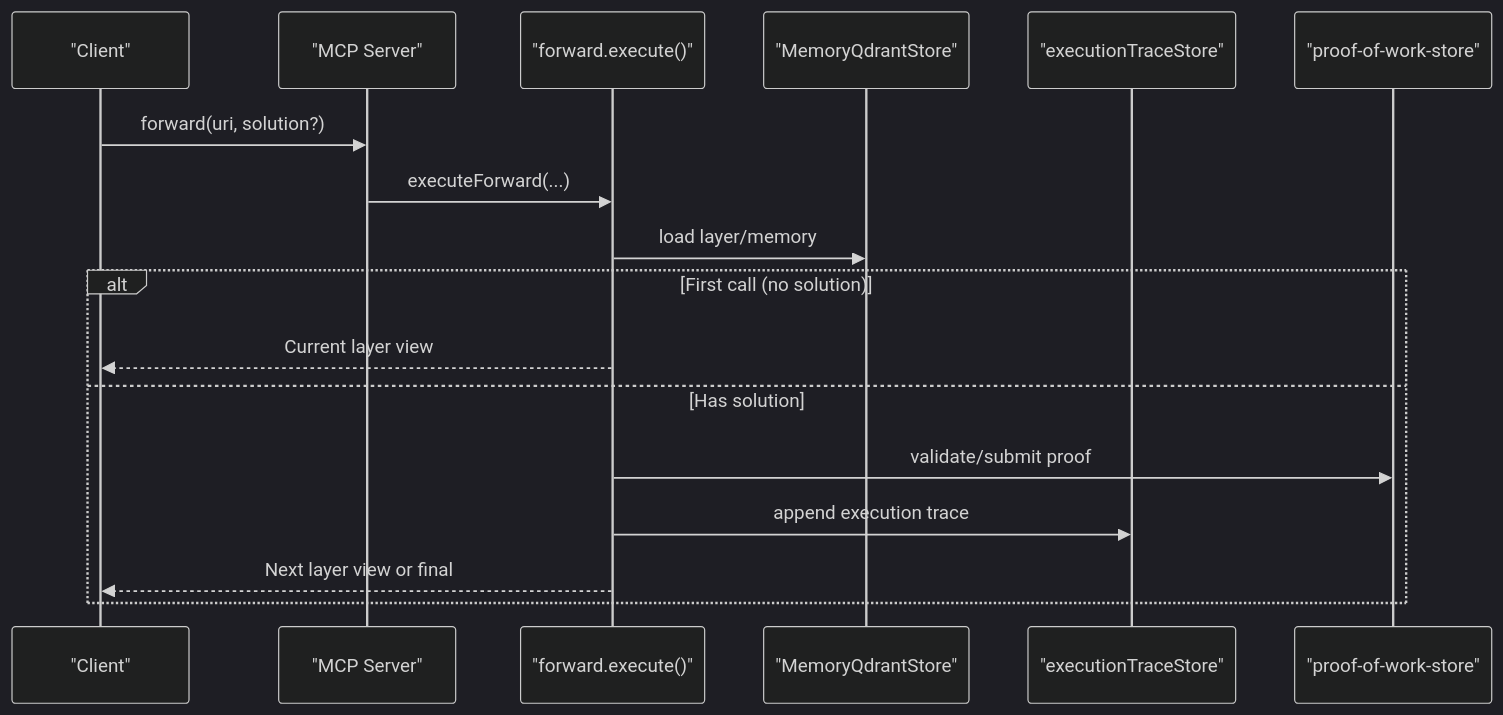
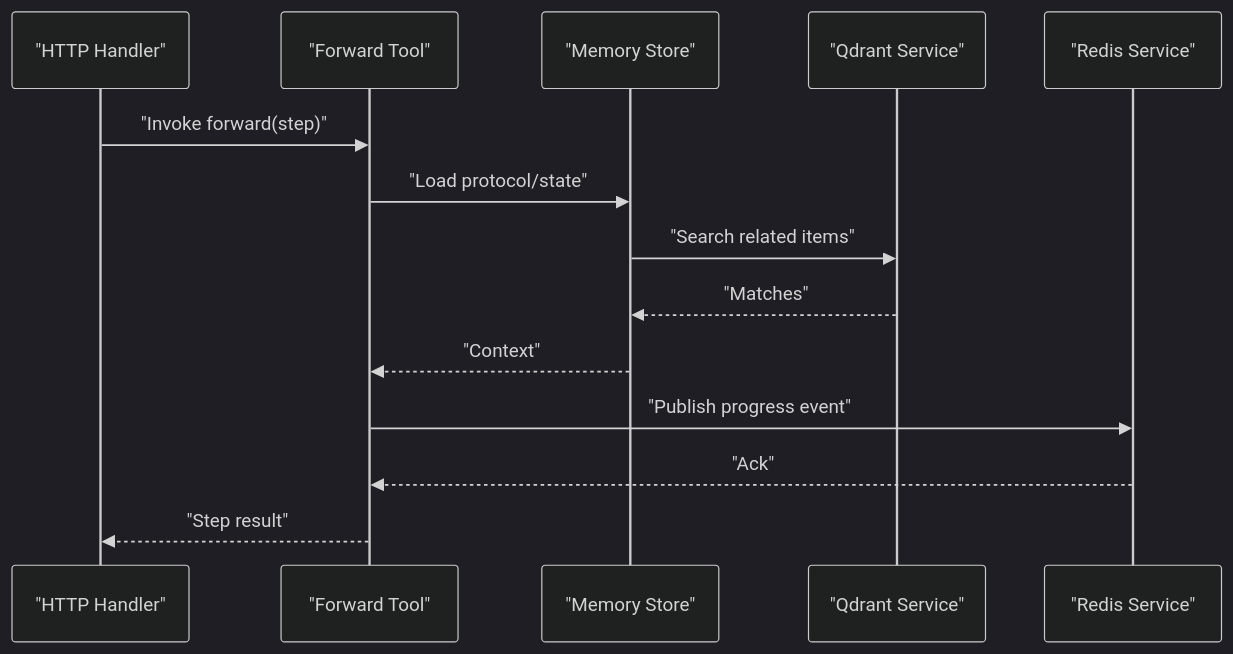
One commit to debian777/kairos-mcp changed the sixth of 8 diagrams in .qoder/repowiki/en/content/Project Overview/Architecture Overview.md. Above: the diagram before and after it, drawn with Mermaid (dark theme). The commit also changed other lines of this file and 724 other files, not shown here.

````diff
--- a/.qoder/repowiki/en/content/Project Overview/Architecture Overview.md
+++ b/.qoder/repowiki/en/content/Project Overview/Architecture Overview.md
@@ -280,19 +375,16 @@
 ```mermaid
 sequenceDiagram
-participant Client as "Client"
-participant MCP as "MCP Server"
-participant Forward as "forward.execute()"
-participant Store as "MemoryQdrantStore"
-participant Trace as "executionTraceStore"
-participant PoW as "proof-of-work-store"
-Client->>MCP : forward(uri, solution?)
-MCP->>Forward : executeForward(...)
-Forward->>Store : load layer/memory
-alt First call (no solution)
-Forward-->>Client : Current layer view
-else Has solution
-Forward->>PoW : validate/submit proof
-Forward->>Trace : append execution trace
-Forward-->>Client : Next layer view or final
-end
+participant H as "HTTP Handler"
+participant F as "Forward Tool"
+participant MS as "Memory Store"
+participant QS as "Qdrant Service"
+participant RS as "Redis Service"
+H->>F : "Invoke forward(step)"
+F->>MS : "Load protocol/state"
+MS->>QS : "Search related items"
+QS-->>MS : "Matches"
+MS-->>F : "Context"
+F->>RS : "Publish progress event"
+RS-->>F : "Ack"
+F-->>H : "Step result"
 ```
````
